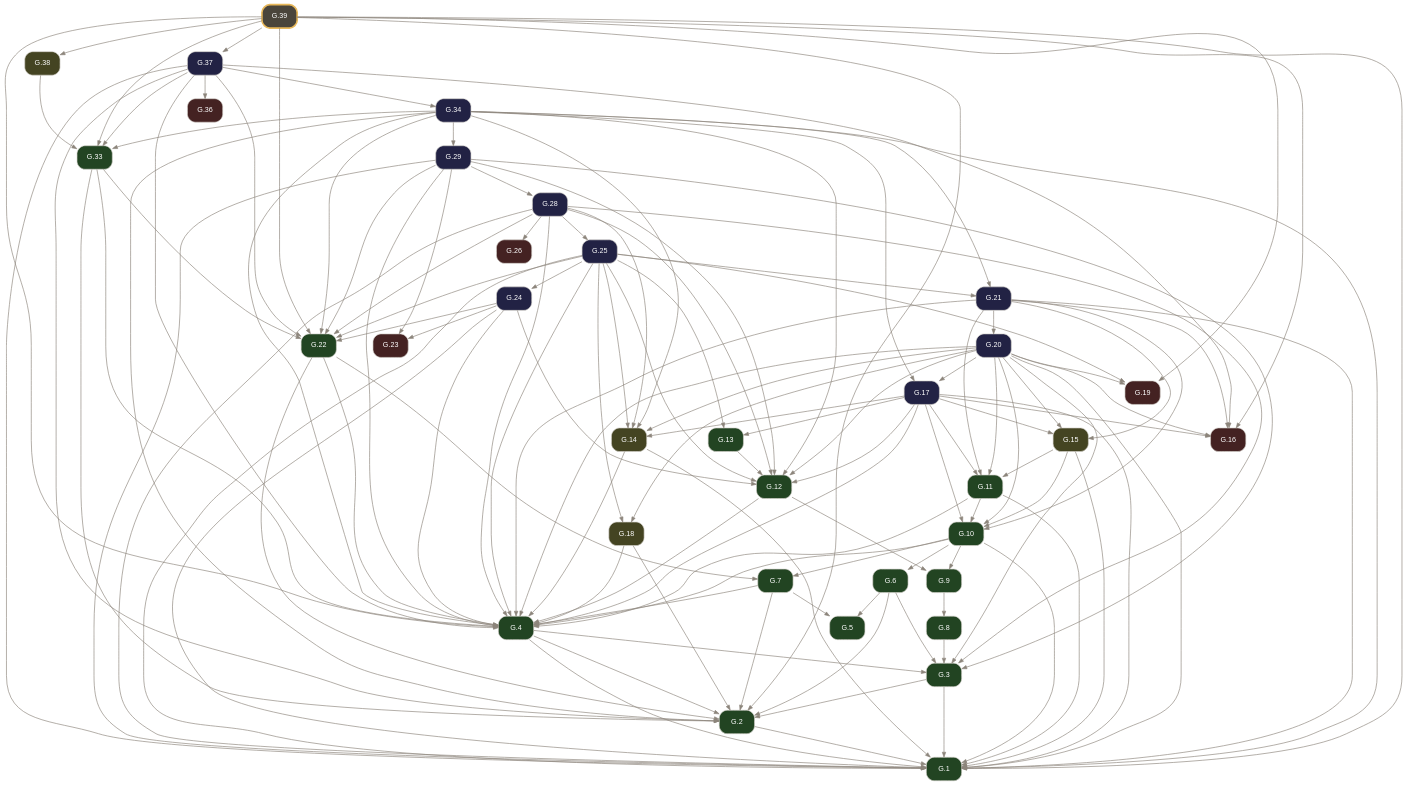
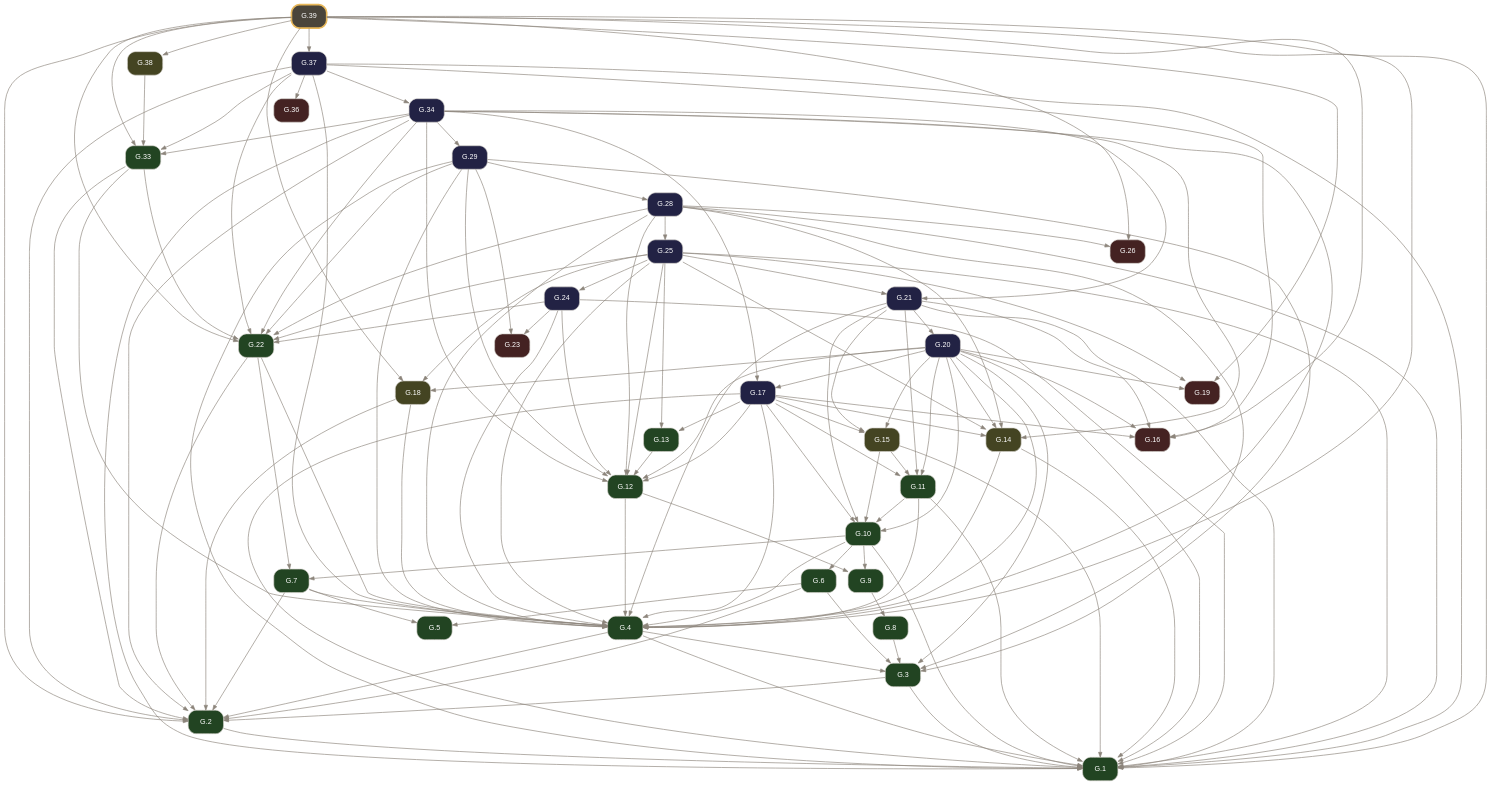
Before and after one commit to geometor/elements: the diagram in docsrc/elements2/G.39/index.rst, drawn with Graphviz. The commit also changed other lines of this file and 1600 other files, not shown here.

```diff
--- a/docsrc/elements2/G.39/index.rst
+++ b/docsrc/elements2/G.39/index.rst
@@ -216,6 +202,7 @@
      "G.34" -> "G.17";
      "G.20" -> "G.18";
      "G.25" -> "G.18";
+     "G.39" -> "G.18";
      "G.20" -> "G.19";
      "G.25" -> "G.19";
      "G.39" -> "G.19";
@@ -235,6 +222,7 @@
      "G.25" -> "G.24";
      "G.28" -> "G.25";
      "G.28" -> "G.26";
+     "G.39" -> "G.26";
      "G.29" -> "G.28";
      "G.34" -> "G.29";
      "G.34" -> "G.33";
```
